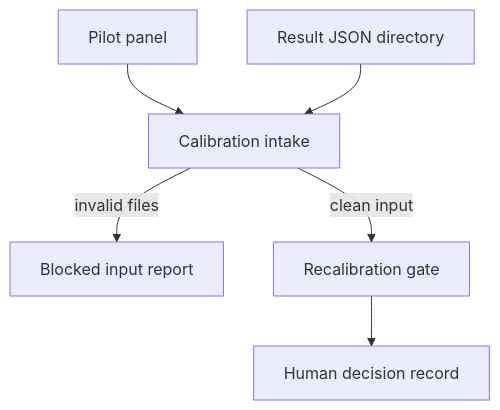
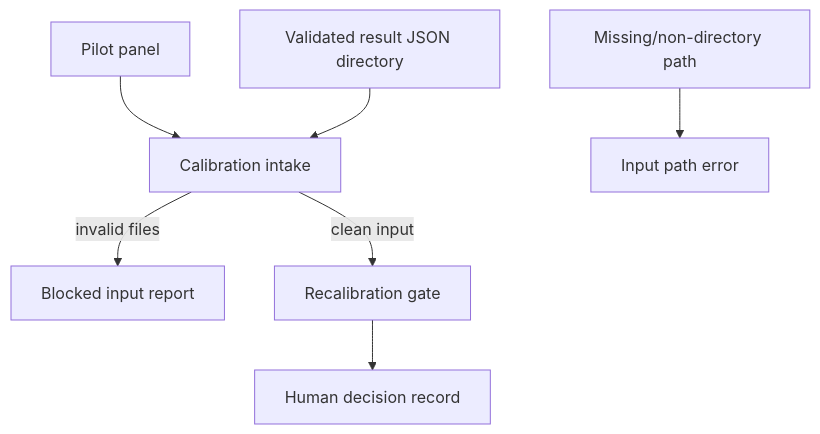
Before and after one commit to streamentry/OpenAMP-Foundry: the first of 2 diagrams in src/openamp_foundry/calibration/AGENTS.md, drawn with Mermaid. The commit also changed other lines of this file and 16 other files, not shown here.

````diff
--- a/src/openamp_foundry/calibration/AGENTS.md
+++ b/src/openamp_foundry/calibration/AGENTS.md
@@ -16,8 +16,9 @@
 ```mermaid
 flowchart TD
   Panel["Pilot panel"] --> Intake["Calibration intake"]
-  Results["Result JSON directory"] --> Intake
+  Results["Validated result JSON directory"] --> Intake
+  Missing["Missing/non-directory path"] --> PathBlock["Input path error"]
   Intake -->|invalid files| Block["Blocked input report"]
   Intake -->|clean input| Gate["Recalibration gate"]
   Gate --> Human["Human decision record"]
 ```
````
